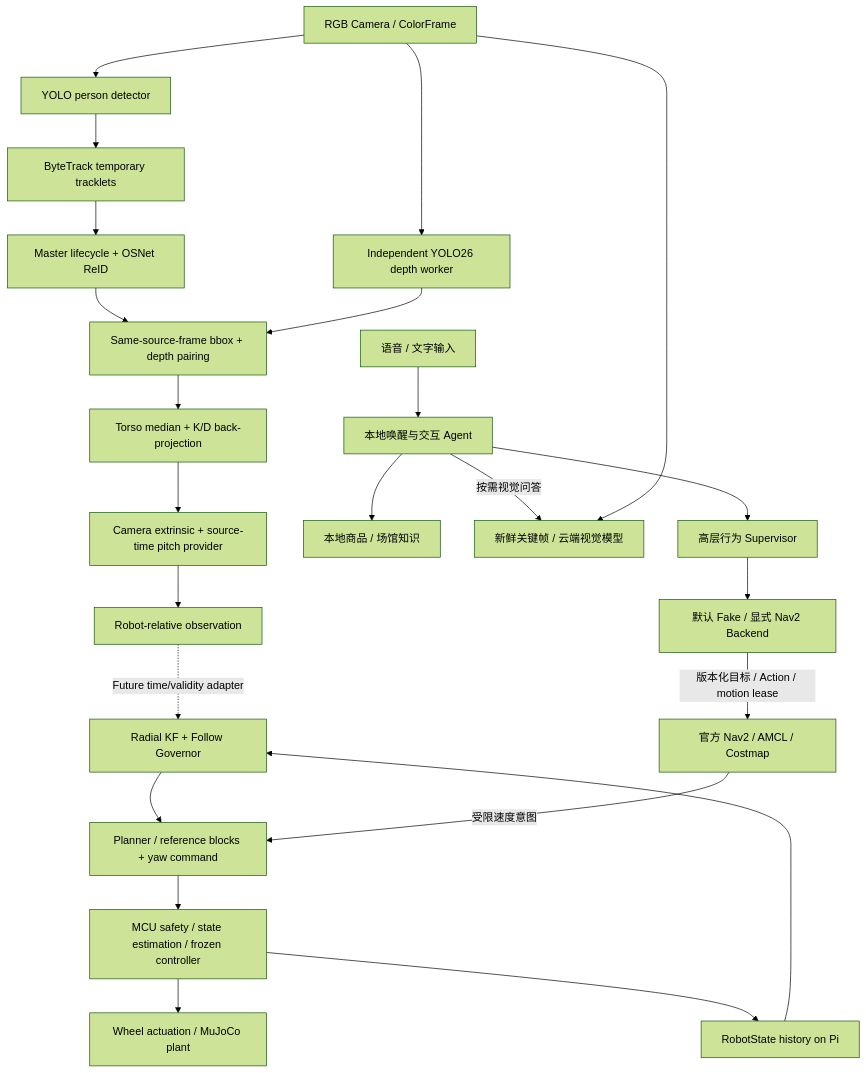
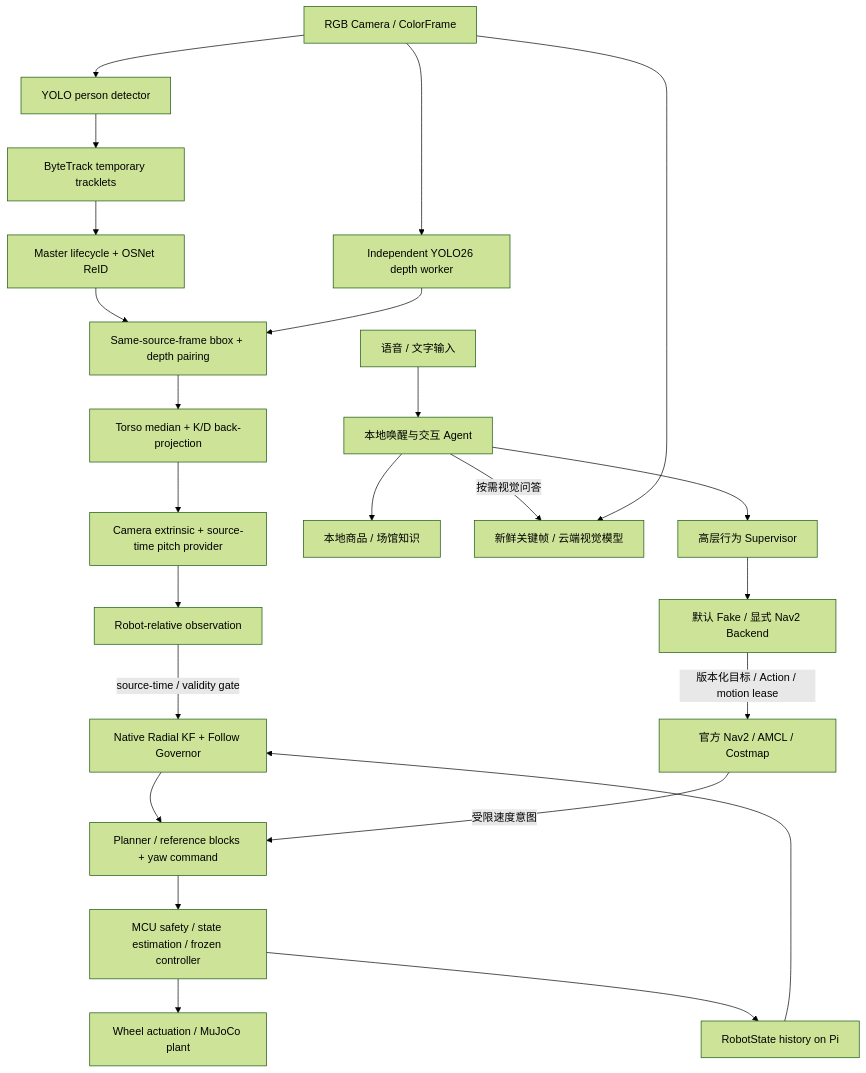
One commit to Kyliangarnacho/CompanionBot changed the diagram in README.md. Above: the diagram before and after it, drawn with Mermaid (forest theme). The commit also changed other lines of this file and 153 other files, not shown here.

````diff
--- a/README.md
+++ b/README.md
@@ -19,26 +20,26 @@
 ```mermaid
 flowchart TD
     C[RGB Camera / ColorFrame] --> D[YOLO person detector]
     D --> T[ByteTrack temporary tracklets]
     T --> M[Master lifecycle + OSNet ReID]
     C --> Z[Independent YOLO26 depth worker]
     M --> P[Same-source-frame bbox + depth pairing]
     Z --> P
     P --> G[Torso median + K/D back-projection]
     G --> R[Camera extrinsic + source-time pitch provider]
     R --> O[Robot-relative observation]
-    O -. Future time/validity adapter .-> F[Radial KF + Follow Governor]
+    O -->|source-time / validity gate| F[Native Radial KF + Follow Governor]
     F --> S[Planner / reference blocks + yaw command]
     S --> MCU[MCU safety / state estimation / frozen controller]
     MCU --> W[Wheel actuation / MuJoCo plant]
     MCU --> H[RobotState history on Pi]
     H --> F
     U[语音 / 文字输入] --> A[本地唤醒与交互 Agent]
     A --> K[本地商品 / 场馆知识]
     A -->|按需视觉问答| V[新鲜关键帧 / 云端视觉模型]
     C --> V
     A --> B[高层行为 Supervisor]
     B --> E[默认 Fake / 显式 Nav2 Backend]
     E -->|版本化目标 / Action / motion lease| N[官方 Nav2 / AMCL / Costmap]
     N -->|受限速度意图| S
 ```
````
